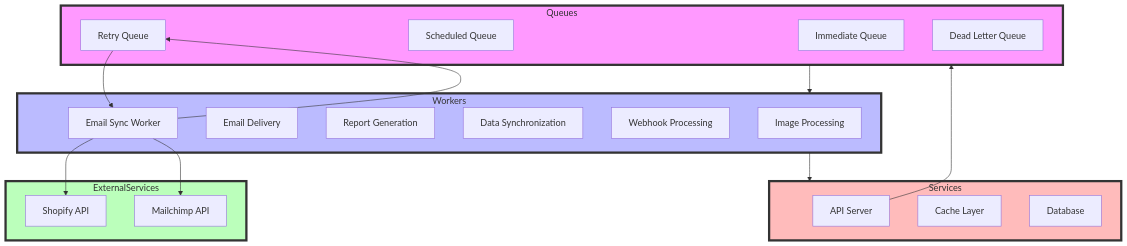
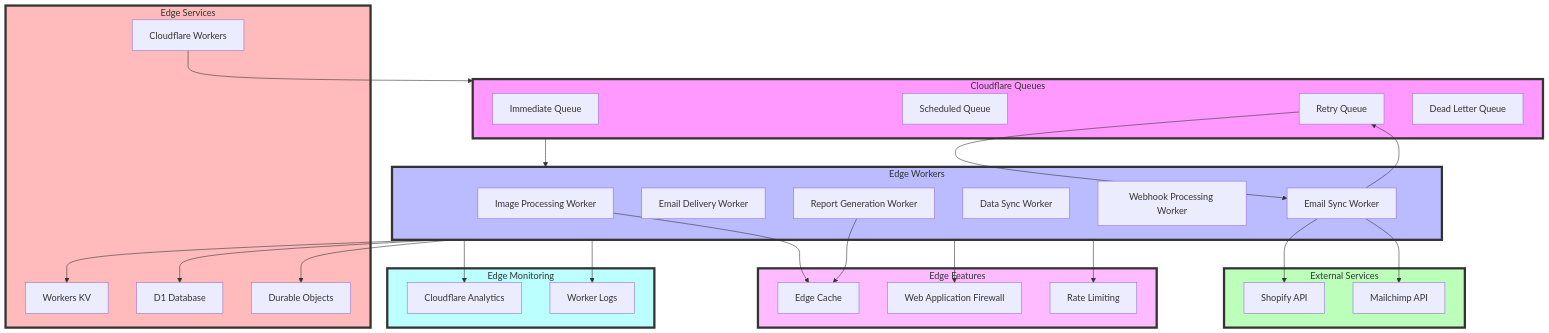
The diagram in docs/diagrams/processing-architecture.mmd (atEverychance/ProjectCR), drawn with Mermaid before and after one commit. The commit also changed 12 other files, not shown here.

Commit message:
Diagram updates

```diff
--- a/docs/diagrams/processing-architecture.mmd
+++ b/docs/diagrams/processing-architecture.mmd
@@ -1,41 +1,65 @@
 flowchart TD
-    subgraph Queues
+    subgraph CloudflareQueues[Cloudflare Queues]
         Immediate[Immediate Queue]
         Scheduled[Scheduled Queue]
         Retry[Retry Queue]
         DeadLetter[Dead Letter Queue]
     end
 
-    subgraph Workers
-        Image[Image Processing]
-        Email[Email Delivery]
-        Report[Report Generation]
-        Sync[Data Synchronization]
-        Webhook[Webhook Processing]
+    subgraph EdgeWorkers[Edge Workers]
+        Image[Image Processing Worker]
+        Email[Email Delivery Worker]
+        Report[Report Generation Worker]
+        Sync[Data Sync Worker]
+        Webhook[Webhook Processing Worker]
         EmailSync[Email Sync Worker]
     end
 
-    subgraph Services
-        API[API Server]
-        Cache[Cache Layer]
-        Database[Database]
+    subgraph EdgeServices[Edge Services]
+        Workers[Cloudflare Workers]
+        KV[Workers KV]
+        D1[D1 Database]
+        DO[Durable Objects]
     end
 
-    subgraph ExternalServices
+    subgraph ExternalServices[External Services]
         Shopify[Shopify API]
         Mailchimp[Mailchimp API]
     end
 
-    API --> Queues
-    Queues --> Workers
-    Workers --> Services
+    subgraph EdgeFeatures[Edge Features]
+        Cache[Edge Cache]
+        WAF[Web Application Firewall]
+        RateLimit[Rate Limiting]
+    end
+
+    Workers --> CloudflareQueues
+    CloudflareQueues --> EdgeWorkers
     
+    EdgeWorkers --> D1
+    EdgeWorkers --> KV
+    EdgeWorkers --> DO
+    
+    Image & Report --> Cache
     EmailSync --> Shopify
     EmailSync --> Mailchimp
     EmailSync --> Retry
     Retry --> EmailSync
 
-    style Queues fill:#f9f,stroke:#333,stroke-width:4px
-    style Workers fill:#bbf,stroke:#333,stroke-width:4px
-    style Services fill:#fbb,stroke:#333,stroke-width:4px
+    EdgeWorkers --> WAF
+    EdgeWorkers --> RateLimit
+
+    subgraph Monitoring[Edge Monitoring]
+        Analytics[Cloudflare Analytics]
+        Logs[Worker Logs]
+    end
+
+    EdgeWorkers --> Analytics
+    EdgeWorkers --> Logs
+
+    style CloudflareQueues fill:#f9f,stroke:#333,stroke-width:4px
+    style EdgeWorkers fill:#bbf,stroke:#333,stroke-width:4px
+    style EdgeServices fill:#fbb,stroke:#333,stroke-width:4px
     style ExternalServices fill:#bfb,stroke:#333,stroke-width:4px
+    style EdgeFeatures fill:#fbf,stroke:#333,stroke-width:4px
+    style Monitoring fill:#bff,stroke:#333,stroke-width:4px
```
